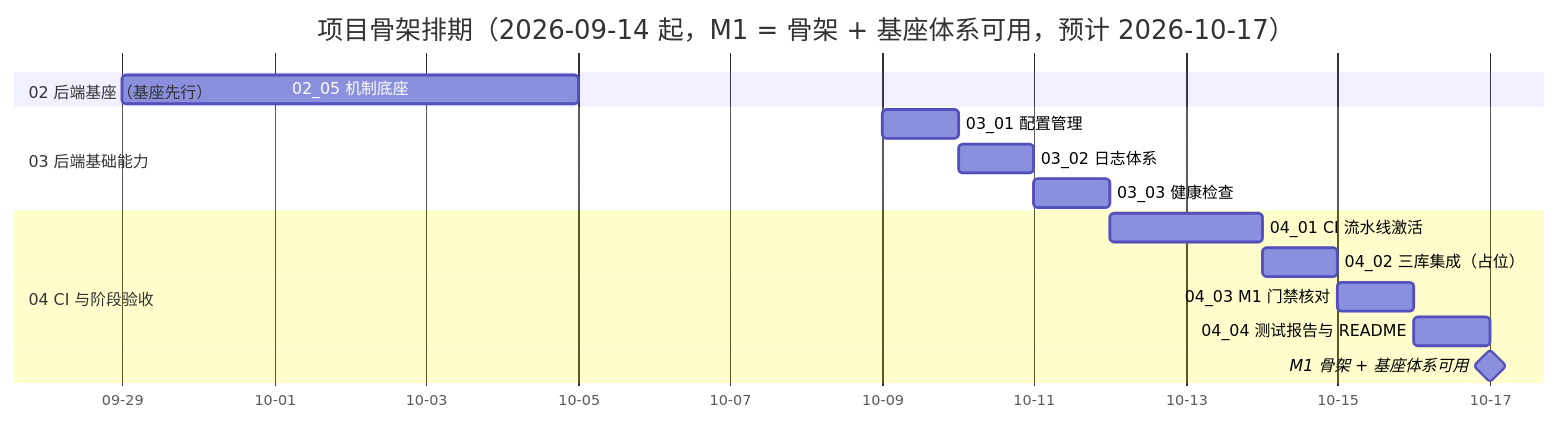
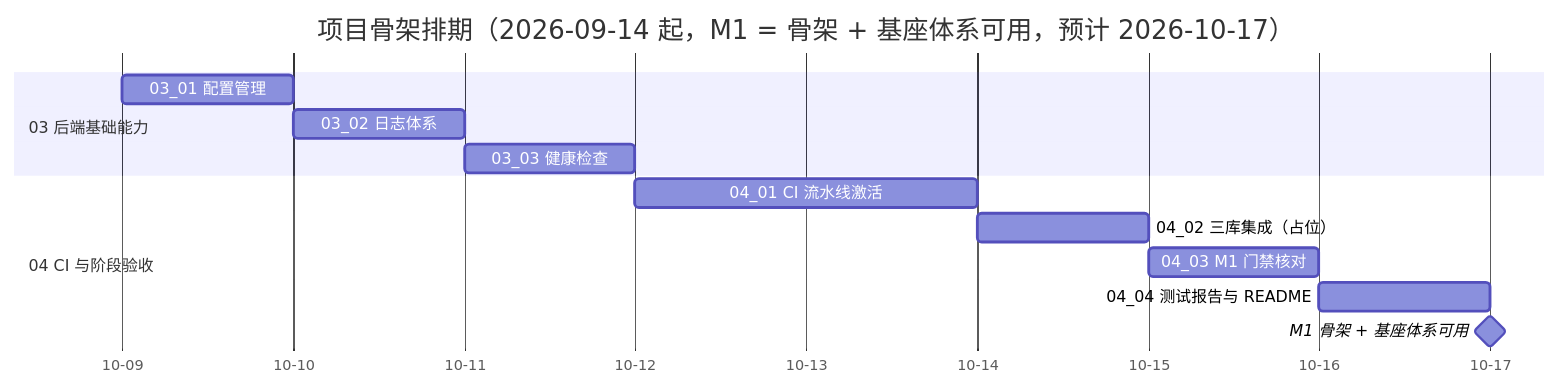
Before and after one commit to minjian123/basic-management-system: the diagram in bms文档/项目/01_项目骨架/计划/01_计划_项目骨架.md, drawn with Mermaid. The commit also changed other lines of this file and 25 other files, not shown here.

````diff
--- a/bms文档/项目/01_项目骨架/计划/01_计划_项目骨架.md
+++ b/bms文档/项目/01_项目骨架/计划/01_计划_项目骨架.md
@@ -78,18 +78,17 @@
 ```mermaid
 gantt
     title 项目骨架排期（2026-09-14 起，M1 = 骨架 + 基座体系可用，预计 2026-10-17）
     dateFormat  YYYY-MM-DD
     axisFormat %m-%d
     section 02 后端基座（基座先行）
-    02_05 机制底座         :a25, 2026-09-29, 6d
     section 03 后端基础能力
     03_01 配置管理         :a31, 2026-10-09, 1d
     03_02 日志体系         :a32, 2026-10-10, 1d
     03_03 健康检查         :a33, 2026-10-11, 1d
     section 04 CI 与阶段验收
     04_01 CI 流水线激活    :a41, 2026-10-12, 2d
     04_02 三库集成（占位） :a42, 2026-10-14, 1d
     04_03 M1 门禁核对      :a43, 2026-10-15, 1d
     04_04 测试报告与 README :a44, 2026-10-16, 1d
     M1 骨架 + 基座体系可用 :milestone, m1, 2026-10-17, 0d
 ```
````
